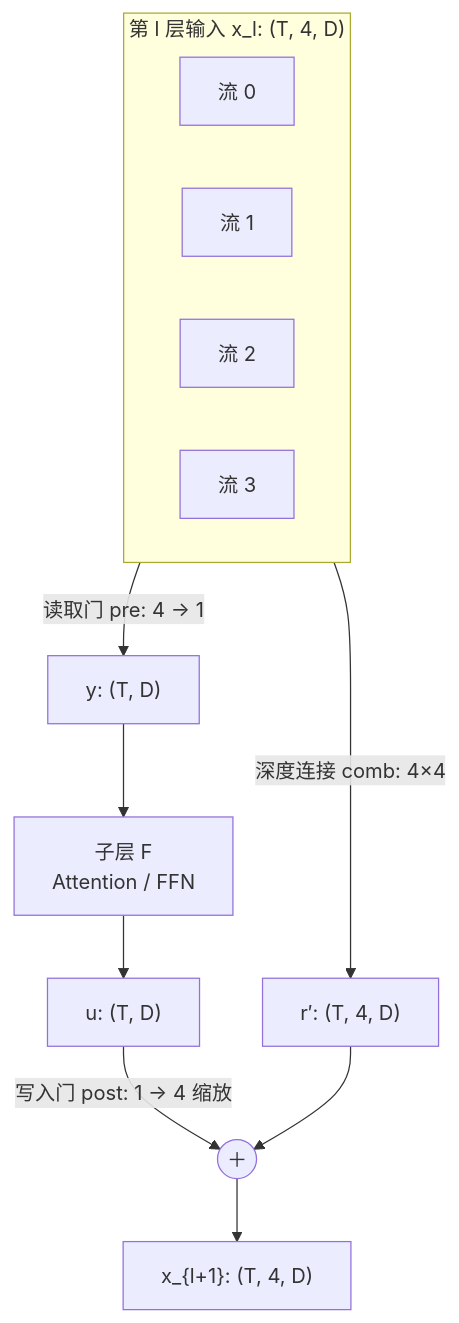
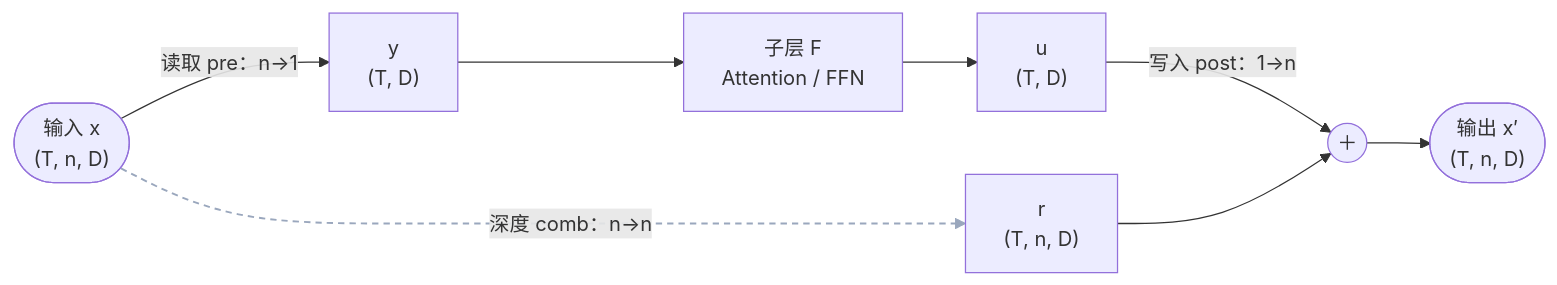
One commit to GoCHug/vllm-ascend changed the third of 6 diagrams in vllm_ascend/models/deepseek_v4/dsv4_docs/mhc.md. Above: the diagram before and after it, drawn with Mermaid. The commit also changed other lines of this file, not shown here.

````diff
--- a/vllm_ascend/models/deepseek_v4/dsv4_docs/mhc.md
+++ b/vllm_ascend/models/deepseek_v4/dsv4_docs/mhc.md
@@ -176,13 +203,11 @@
 ```mermaid
-graph TD
-    subgraph IN["第 l 层输入 x_l: (T, 4, D)"]
-        X0["流 0"]; X1["流 1"]; X2["流 2"]; X3["流 3"]
-    end
-    IN -->|"读取门 pre: 4 → 1"| Y["y: (T, D)"]
+flowchart LR
+    X(["输入 x<br/>(T, n, D)"]) -->|"读取 pre：n→1"| Y["y<br/>(T, D)"]
     Y --> F["子层 F<br/>Attention / FFN"]
-    F --> U["u: (T, D)"]
-    IN -->|"深度连接 comb: 4×4"| R["r′: (T, 4, D)"]
-    U -->|"写入门 post: 1 → 4 缩放"| A(("＋"))
-    R --> A
-    A --> OUT["x_{l+1}: (T, 4, D)"]
+    F --> U["u<br/>(T, D)"]
+    U -->|"写入 post：1→n"| ADD(("＋"))
+    X -.->|"深度 comb：n→n"| R["r<br/>(T, n, D)"]
+    R --> ADD
+    ADD --> O(["输出 x′<br/>(T, n, D)"])
+    linkStyle 4 stroke:#9aa7bd,stroke-width:1.5px,stroke-dasharray:5 4;
 ```
````
